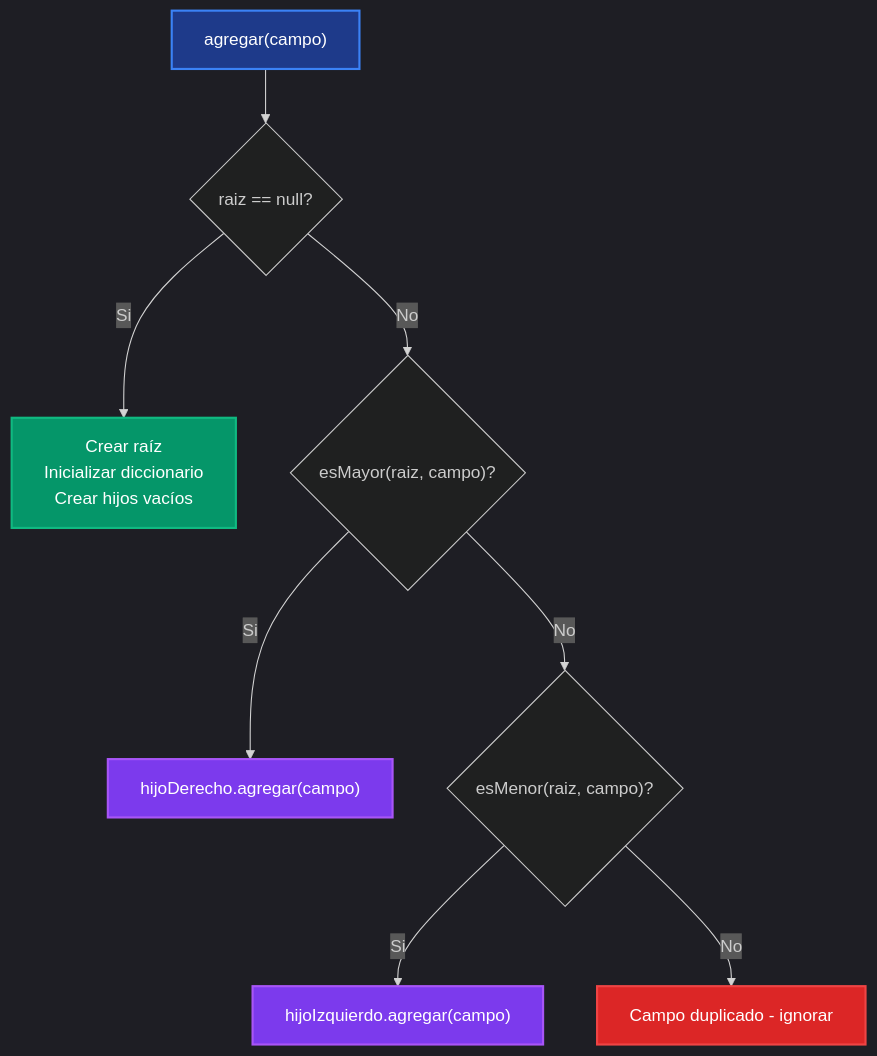
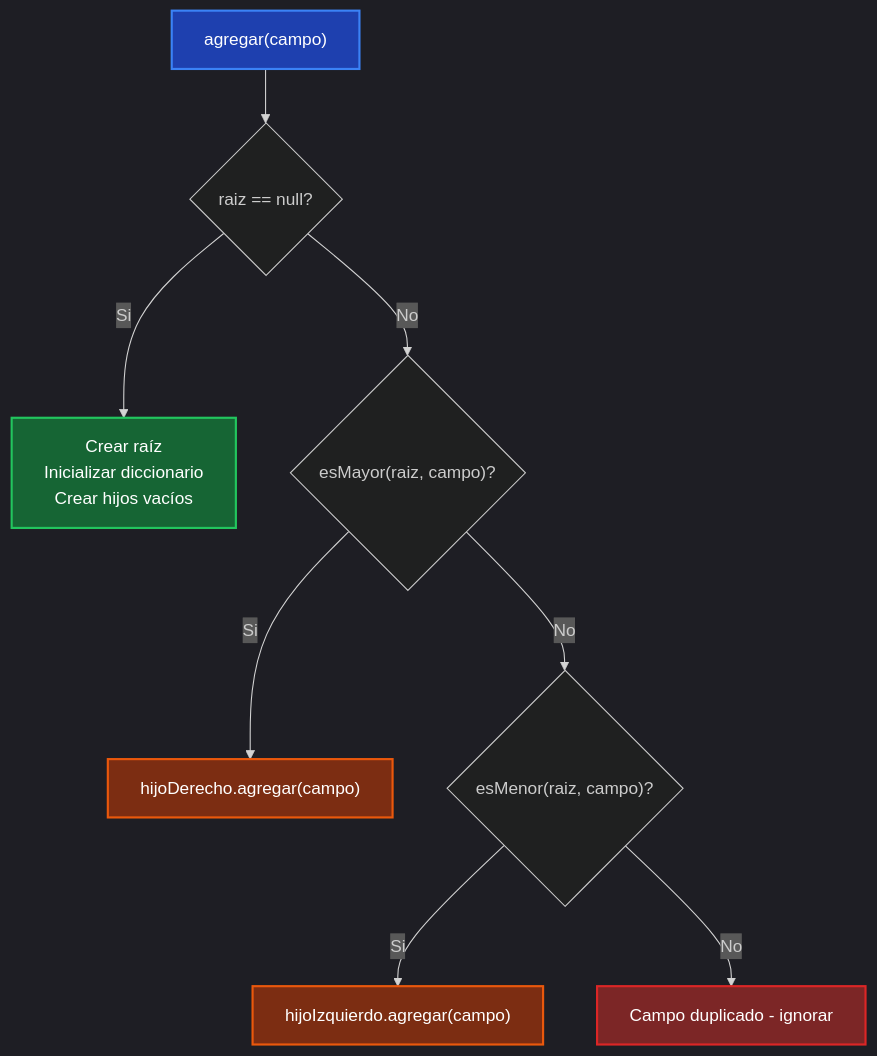
The third of 16 diagrams in tp-final/README_IMPLEMENTACIONES.md (pybalt/algo2), drawn with Mermaid before and after one commit. The commit also changed other lines of this file and 1 other file, not shown here.

````diff
--- a/tp-final/README_IMPLEMENTACIONES.md
+++ b/tp-final/README_IMPLEMENTACIONES.md
@@ -79,17 +104,17 @@
 ```mermaid
 %%{init: {'theme':'dark'}}%%
 flowchart TD
     A["agregar(campo)"] --> B{"raiz == null?"}
     B -->|Si| C["Crear raíz<br/>Inicializar diccionario<br/>Crear hijos vacíos"]
     B -->|No| D{"esMayor(raiz, campo)?"}
     D -->|Si| E["hijoDerecho.agregar(campo)"]
     D -->|No| F{"esMenor(raiz, campo)?"}
     F -->|Si| G["hijoIzquierdo.agregar(campo)"]
     F -->|No| H["Campo duplicado - ignorar"]
     
-    style A fill:#1e3a8a,stroke:#3b82f6,stroke-width:2px,color:#fff
-    style C fill:#059669,stroke:#10b981,stroke-width:2px,color:#fff
-    style E fill:#7c3aed,stroke:#a855f7,stroke-width:2px,color:#fff
-    style G fill:#7c3aed,stroke:#a855f7,stroke-width:2px,color:#fff
-    style H fill:#dc2626,stroke:#ef4444,stroke-width:2px,color:#fff
+    style A fill:#1e40af,stroke:#3b82f6,stroke-width:2px,color:#ffffff
+    style C fill:#166534,stroke:#22c55e,stroke-width:2px,color:#ffffff
+    style E fill:#7c2d12,stroke:#ea580c,stroke-width:2px,color:#ffffff
+    style G fill:#7c2d12,stroke:#ea580c,stroke-width:2px,color:#ffffff
+    style H fill:#7c2626,stroke:#dc2626,stroke-width:2px,color:#ffffff
 ```
````
